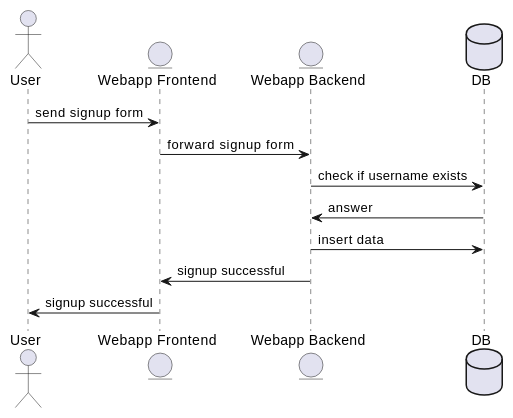
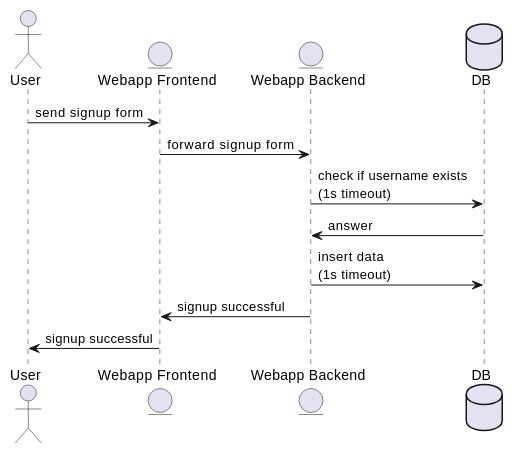
The fifth of 8 diagrams in docs/src/06_runtime_view.adoc (Arquisoft/wiq_en1b), drawn with PlantUML before and after one commit. The commit also changed other lines of this file, not shown here.

Commit message:
Added time limit and changed Answer Question diagram

```diff
--- a/docs/src/06_runtime_view.adoc
+++ b/docs/src/06_runtime_view.adoc
@@ -111,14 +111,14 @@
 [plantuml,"Signup successful",png]
 ----
 actor User
 entity Frontend as "Webapp Frontend"
 entity Backend as "Webapp Backend"
 database DB
 User -> Frontend: send signup form
 Frontend -> Backend: forward signup form
-Backend -> DB: check if username exists
+Backend -> DB: check if username exists\n(1s timeout)
 DB -> Backend: answer
-Backend -> DB: insert data
+Backend -> DB: insert data\n(1s timeout)
 Backend -> Frontend: signup successful
 Frontend -> User: signup successful
 ----
```
